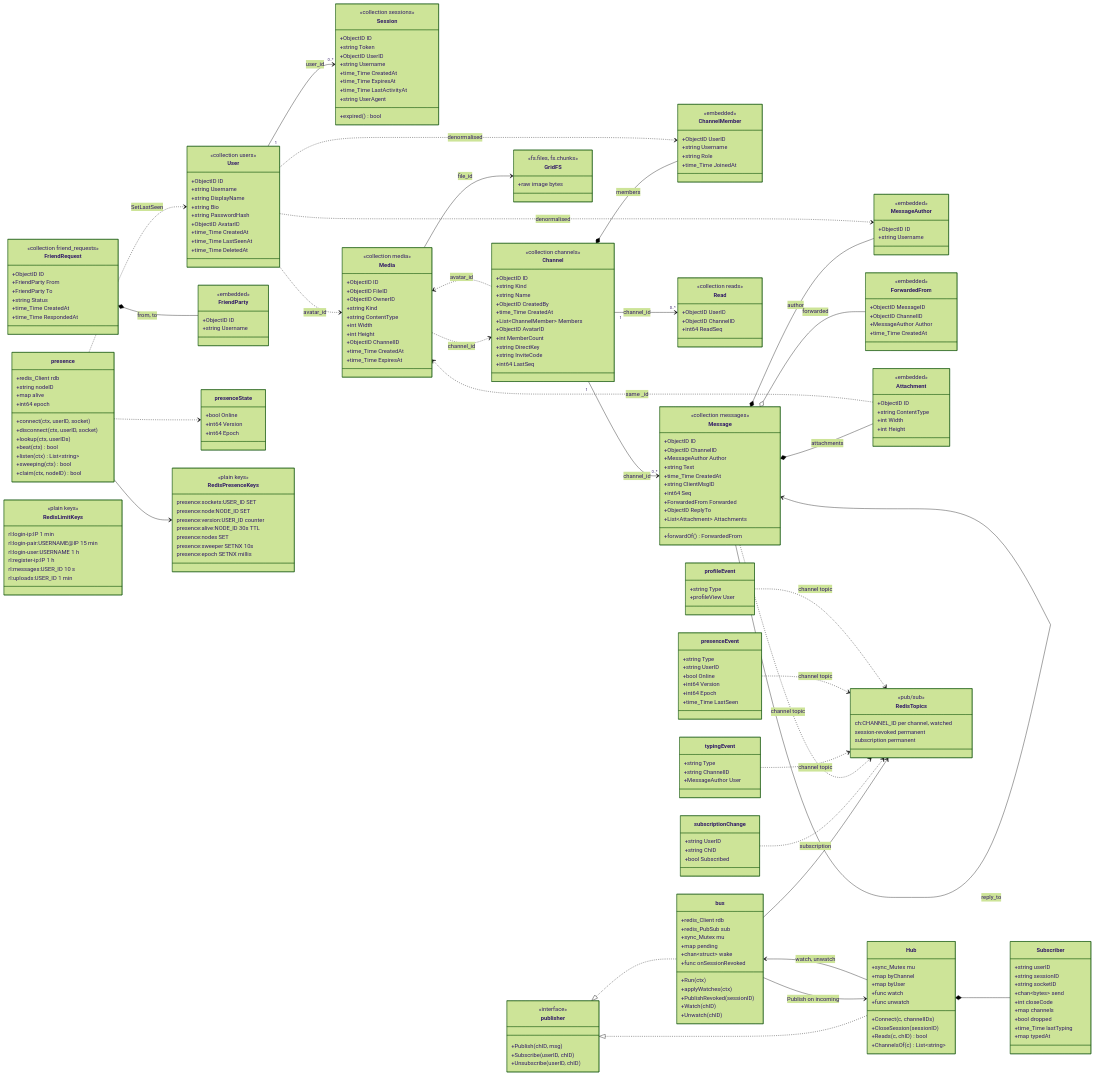
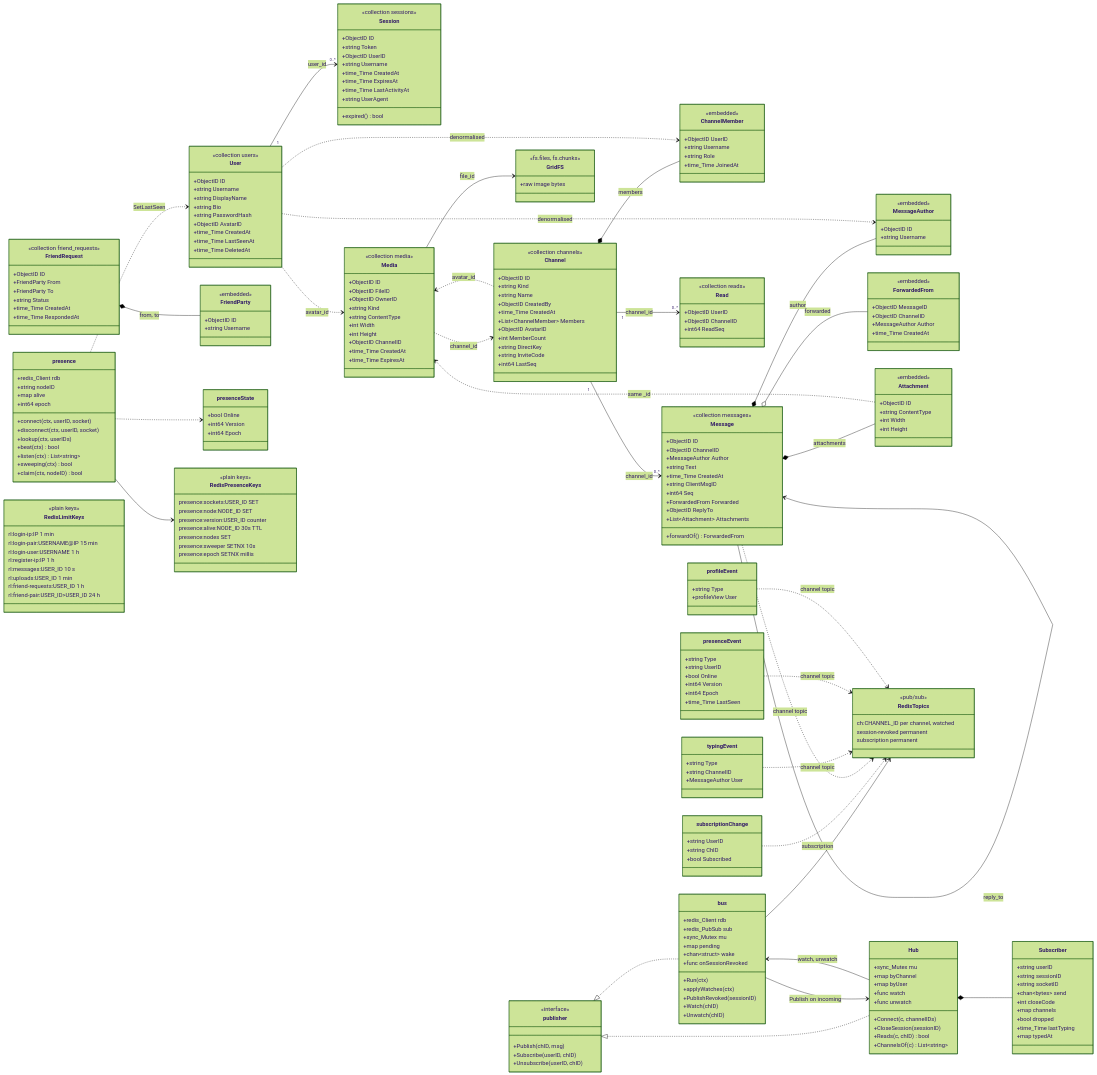
Before and after one commit to hdmtrn/nosql-messenger: the diagram in docs/diagrams/data-model.mmd, drawn with Mermaid (forest theme). The commit also changed 20 other files, not shown here.

```diff
--- a/docs/diagrams/data-model.mmd
+++ b/docs/diagrams/data-model.mmd
@@ -243,6 +243,8 @@
     rl:register-ip:IP 1 h
     rl:messages:USER_ID 10 s
     rl:uploads:USER_ID 1 min
+    rl:friend-requests:USER_ID 1 h
+    rl:friend-pair:USER_ID>USER_ID 24 h
   }
 
   class subscriptionChange {
```
